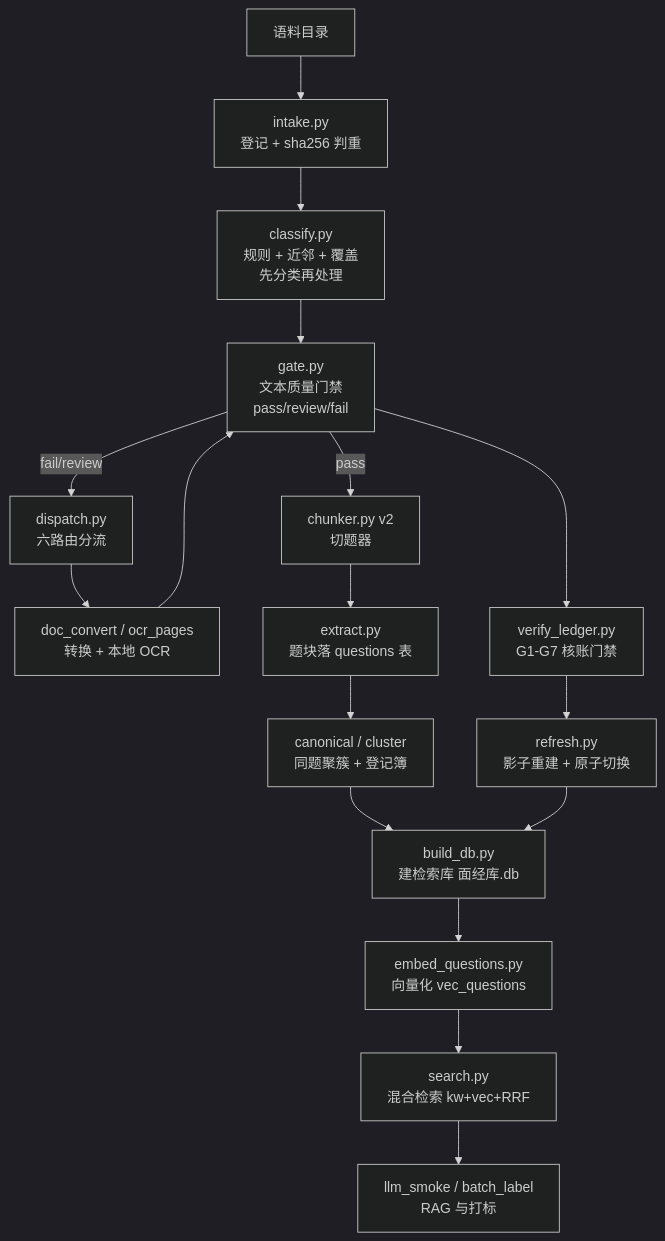
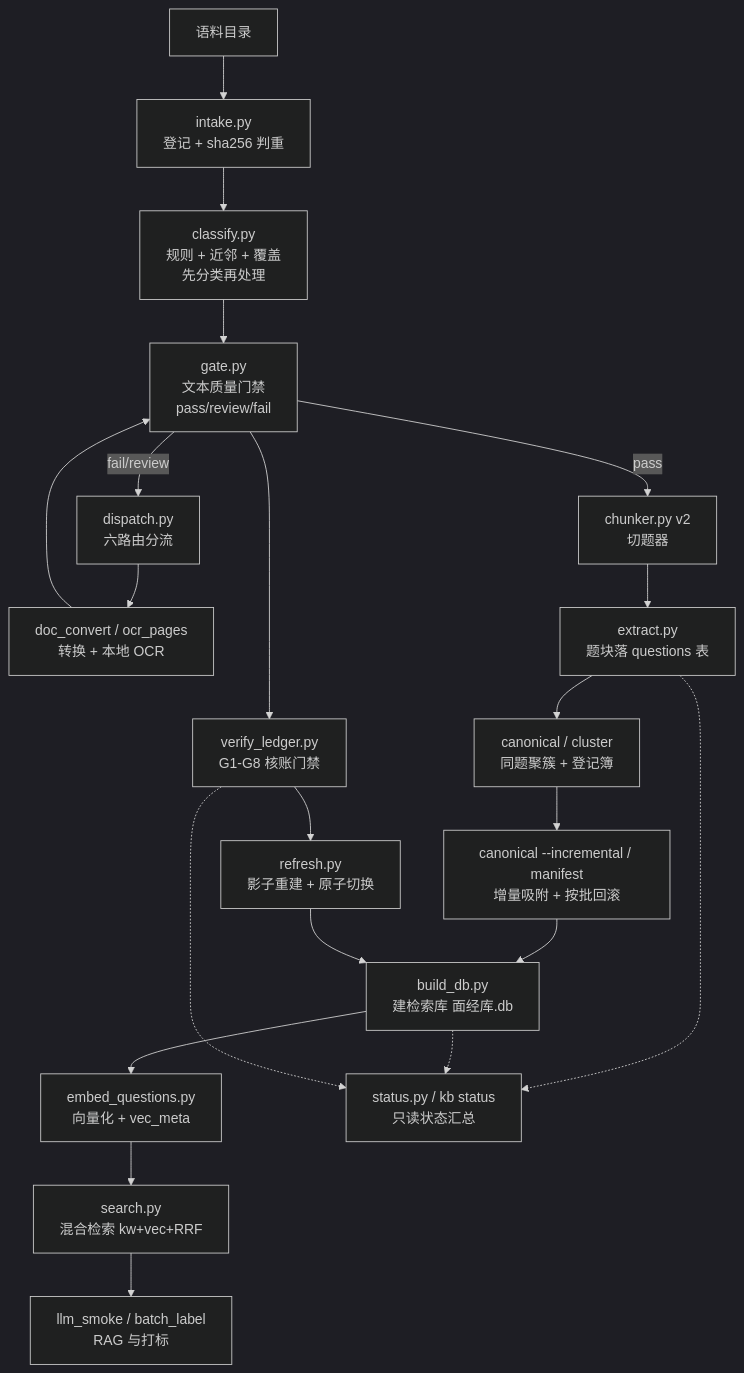
The first of 10 diagrams in docs/19-功能流程图.md (libai4hao/mianjing-kb), drawn with Mermaid (dark theme) before and after one commit. The commit also changed other lines of this file and 6 other files, not shown here.

Commit message:
docs: add code map and align flowchart with T29/T31 state

````diff
--- a/docs/19-功能流程图.md
+++ b/docs/19-功能流程图.md
@@ -17,19 +19,23 @@
 ```mermaid
 flowchart TD
     A["语料目录 <CORPUS_ROOT>"] --> B["intake.py<br/>登记 + sha256 判重"]
     B --> C["classify.py<br/>规则 + 近邻 + 覆盖<br/>先分类再处理"]
     C --> D["gate.py<br/>文本质量门禁<br/>pass/review/fail"]
     D -->|fail/review| E["dispatch.py<br/>六路由分流"]
     E --> F["doc_convert / ocr_pages<br/>转换 + 本地 OCR"]
     F --> D
     D -->|pass| G["chunker.py v2<br/>切题器"]
     G --> H["extract.py<br/>题块落 questions 表"]
     H --> I["canonical / cluster<br/>同题聚簇 + 登记簿"]
-    I --> J["build_db.py<br/>建检索库 面经库.db"]
-    J --> K["embed_questions.py<br/>向量化 vec_questions"]
+    I --> I2["canonical --incremental / manifest<br/>增量吸附 + 按批回滚"]
+    I2 --> J["build_db.py<br/>建检索库 面经库.db"]
+    J --> K["embed_questions.py<br/>向量化 + vec_meta"]
     K --> L["search.py<br/>混合检索 kw+vec+RRF"]
-    D --> M["verify_ledger.py<br/>G1-G7 核账门禁"]
+    D --> M["verify_ledger.py<br/>G1-G8 核账门禁"]
     M --> N["refresh.py<br/>影子重建 + 原子切换"]
     N --> J
     L --> O["llm_smoke / batch_label<br/>RAG 与打标"]
+    H -.-> S["status.py / kb status<br/>只读状态汇总"]
+    J -.-> S
+    M -.-> S
 ```
````
